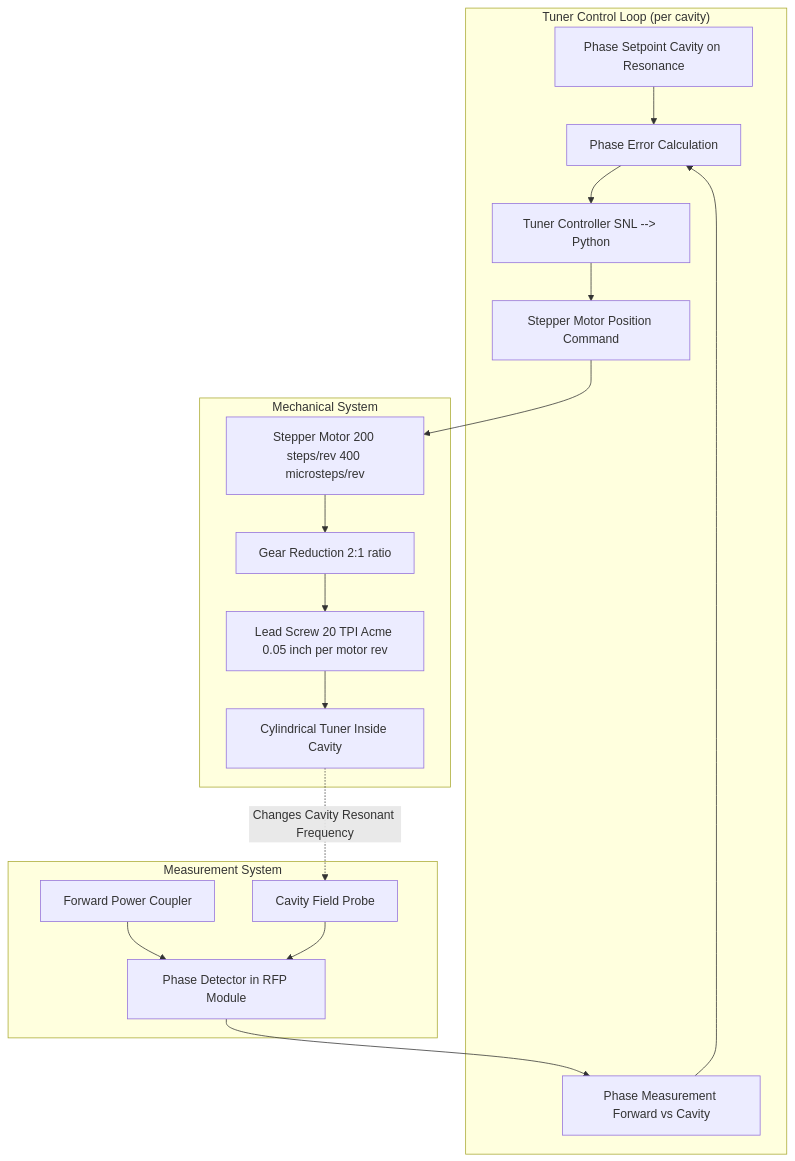
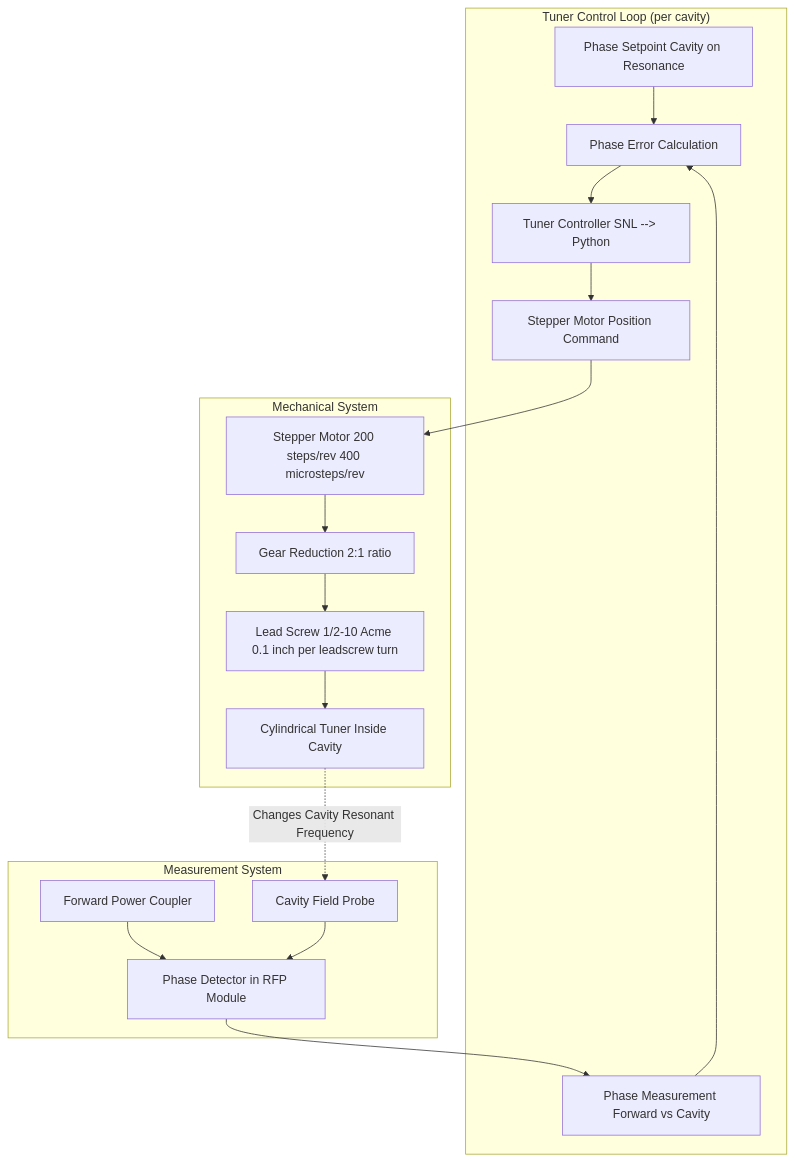
The seventh of 18 diagrams in SPEAR3_LLRF_COMPREHENSIVE_ANALYSIS.md (fayaw/spearlegacyLLRF), drawn with Mermaid before and after one commit. The commit also changed other lines of this file, not shown here.

First line of the commit message:
Increase font to 20px on 7 diagrams, fix lead screw spec from 20 TPI to 1/2-10 Acme

````diff
--- a/SPEAR3_LLRF_COMPREHENSIVE_ANALYSIS.md
+++ b/SPEAR3_LLRF_COMPREHENSIVE_ANALYSIS.md
@@ -318,39 +321,39 @@
 ```mermaid
 graph TB
  subgraph "Tuner Control Loop (per cavity)"
  Phase_SP[Phase Setpoint Cavity on Resonance]
  Phase_Meas[Phase Measurement Forward vs Cavity]
  Tuner_Error[Phase Error Calculation]
  Tuner_Controller[Tuner Controller SNL --> Python]
  Motor_Cmd[Stepper Motor Position Command]
  end
  
  subgraph "Mechanical System"
  Stepper[Stepper Motor 200 steps/rev 400 microsteps/rev]
  Gear[Gear Reduction 2:1 ratio]
- Leadscrew[Lead Screw 20 TPI Acme 0.05 inch per motor rev]
+ Leadscrew[Lead Screw 1/2-10 Acme 0.1 inch per leadscrew turn]
  Tuner_Mech[Cylindrical Tuner Inside Cavity]
  end
  
  subgraph "Measurement System"
  Forward[Forward Power Coupler]
  Cavity_Probe[Cavity Field Probe]
  Phase_Det[Phase Detector in RFP Module]
  end
  
  Phase_SP --> Tuner_Error
  Phase_Meas --> Tuner_Error
  Tuner_Error --> Tuner_Controller
  Tuner_Controller --> Motor_Cmd
  
  Motor_Cmd --> Stepper
  Stepper --> Gear
  Gear --> Leadscrew
  Leadscrew --> Tuner_Mech
  
  Forward --> Phase_Det
  Cavity_Probe --> Phase_Det
  Phase_Det --> Phase_Meas
  
  Tuner_Mech -.-> |Changes Cavity Resonant Frequency| Cavity_Probe
 ```
````
